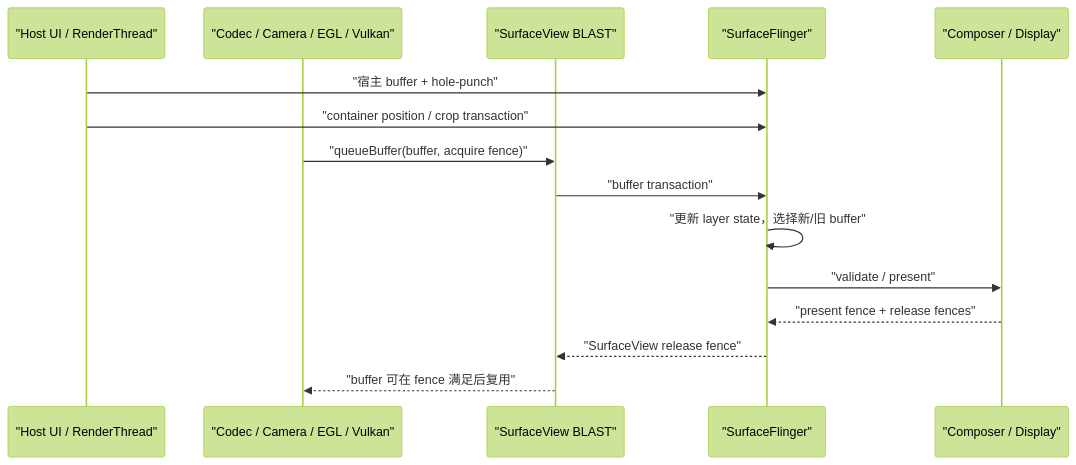
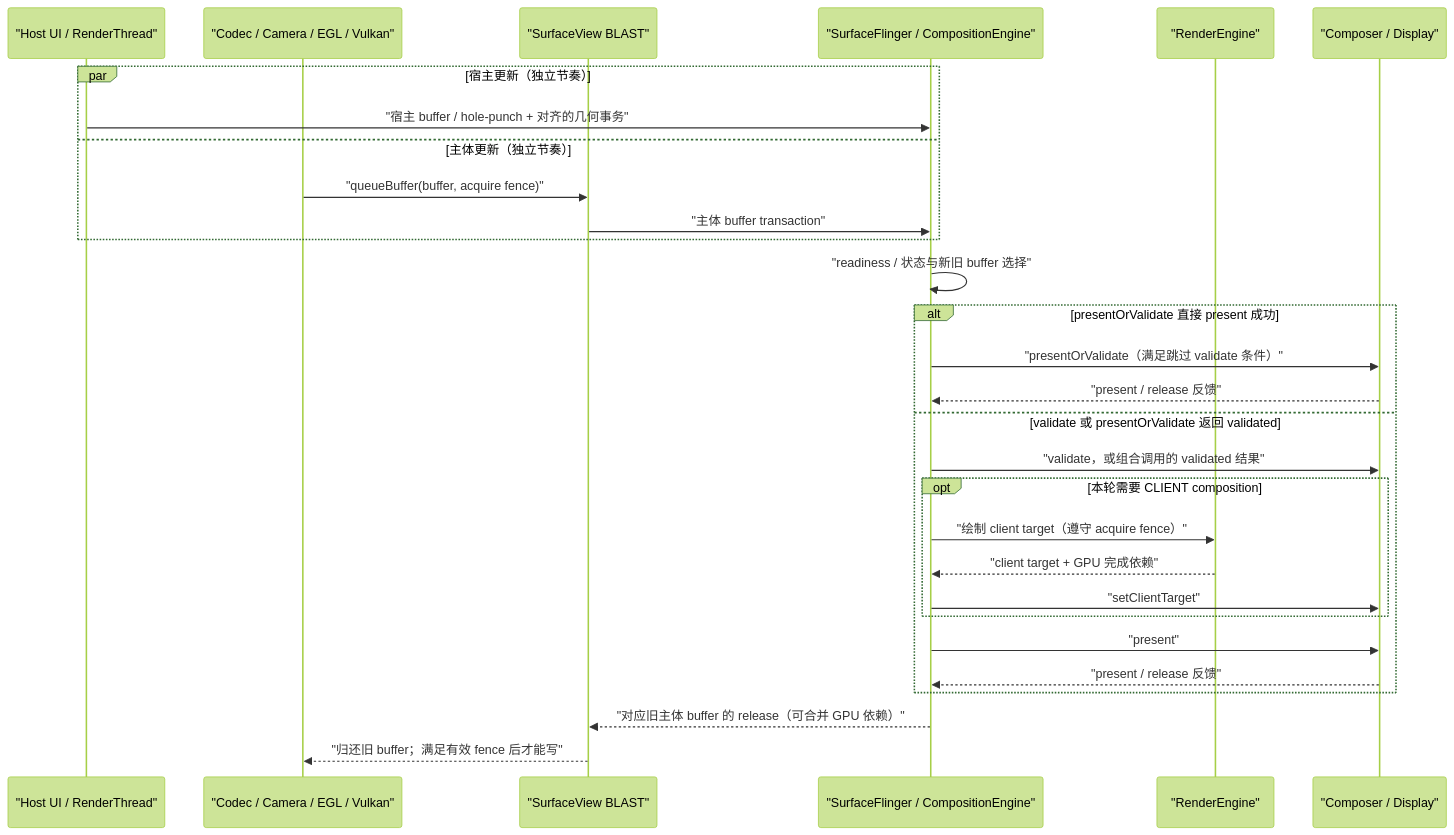
The first of 2 diagrams in src/part2-performance/ch13-rendering-pipelines/03-surfaceview-textureview-pipelines.md (Gracker/android-internals-wiki), drawn with Mermaid (forest theme) before and after one commit. The commit also changed other lines of this file and 196 other files, not shown here.

````diff
--- a/src/part2-performance/ch13-rendering-pipelines/03-surfaceview-textureview-pipelines.md
+++ b/src/part2-performance/ch13-rendering-pipelines/03-surfaceview-textureview-pipelines.md
@@ -317,18 +336,32 @@
 ```mermaid
 sequenceDiagram
     participant Host as "Host UI / RenderThread"
     participant Producer as "Codec / Camera / EGL / Vulkan"
     participant BLAST as "SurfaceView BLAST"
-    participant SF as "SurfaceFlinger"
+    participant SF as "SurfaceFlinger / CompositionEngine"
+    participant RE as "RenderEngine"
     participant HWC as "Composer / Display"
 
-    Host->>SF: "宿主 buffer + hole-punch"
-    Host->>SF: "container position / crop transaction"
-    Producer->>BLAST: "queueBuffer(buffer, acquire fence)"
-    BLAST->>SF: "buffer transaction"
-    SF->>SF: "更新 layer state，选择新/旧 buffer"
-    SF->>HWC: "validate / present"
-    HWC-->>SF: "present fence + release fences"
-    SF-->>BLAST: "SurfaceView release fence"
-    BLAST-->>Producer: "buffer 可在 fence 满足后复用"
+    par 宿主更新（独立节奏）
+        Host->>SF: "宿主 buffer / hole-punch + 对齐的几何事务"
+    and 主体更新（独立节奏）
+        Producer->>BLAST: "queueBuffer(buffer, acquire fence)"
+        BLAST->>SF: "主体 buffer transaction"
+    end
+    SF->>SF: "readiness / 状态与新旧 buffer 选择"
+    alt presentOrValidate 直接 present 成功
+        SF->>HWC: "presentOrValidate（满足跳过 validate 条件）"
+        HWC-->>SF: "present / release 反馈"
+    else validate 或 presentOrValidate 返回 validated
+        SF->>HWC: "validate，或组合调用的 validated 结果"
+        opt 本轮需要 CLIENT composition
+            SF->>RE: "绘制 client target（遵守 acquire fence）"
+            RE-->>SF: "client target + GPU 完成依赖"
+            SF->>HWC: "setClientTarget"
+        end
+        SF->>HWC: "present"
+        HWC-->>SF: "present / release 反馈"
+    end
+    SF-->>BLAST: "对应旧主体 buffer 的 release（可合并 GPU 依赖）"
+    BLAST-->>Producer: "归还旧 buffer；满足有效 fence 后才能写"
 ```
````
